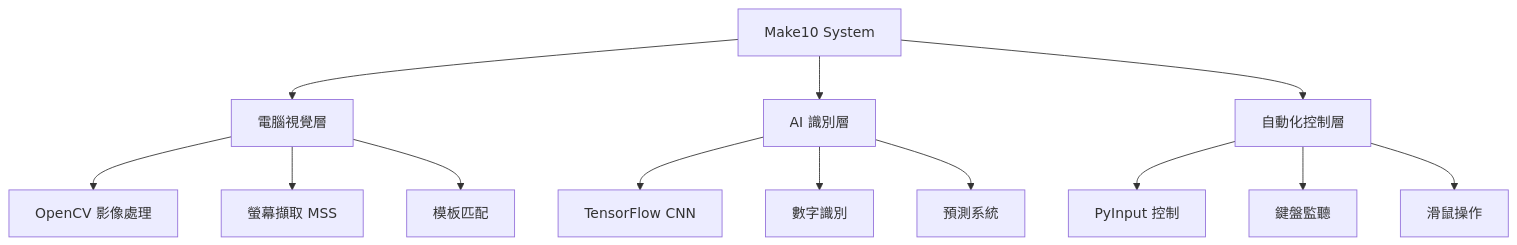
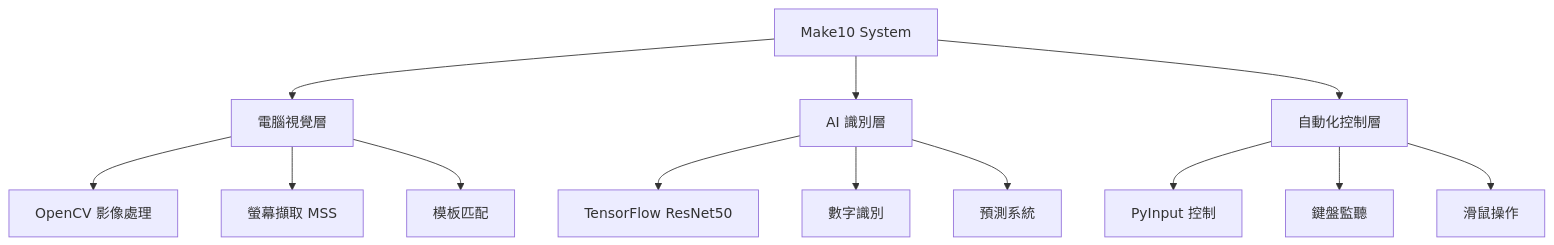
Before and after one commit to lingzinc/make10-solver: the diagram in README.md, drawn with Mermaid. The commit also changed other lines of this file and 3 other files, not shown here.

First line of the commit message:
feat: 更新專案描述與執行入口支援 ResNet50

````diff
--- a/README.md
+++ b/README.md
@@ -65,18 +65,18 @@
 ```mermaid
 graph TD
     A[Make10 System] --> B[電腦視覺層]
     A --> C[AI 識別層]
     A --> D[自動化控制層]
     
     B --> B1[OpenCV 影像處理]
     B --> B2[螢幕擷取 MSS]
     B --> B3[模板匹配]
     
-    C --> C1[TensorFlow CNN]
+    C --> C1[TensorFlow ResNet50]
     C --> C2[數字識別]
     C --> C3[預測系統]
     
     D --> D1[PyInput 控制]
     D --> D2[鍵盤監聽]
     D --> D3[滑鼠操作]
 ```
````
